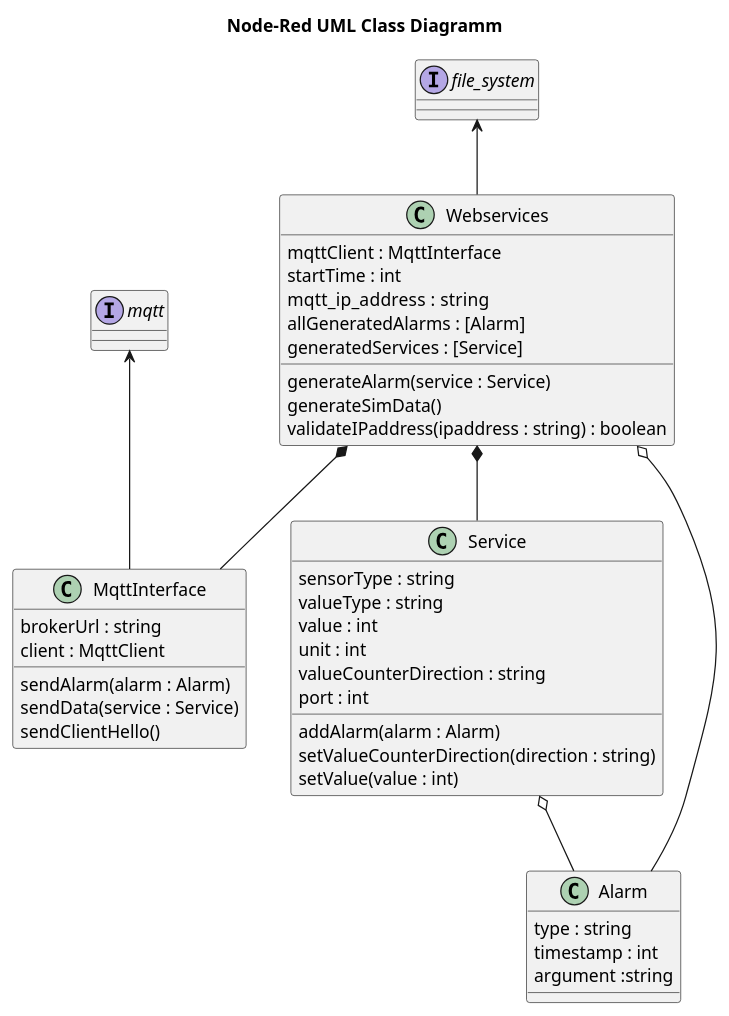
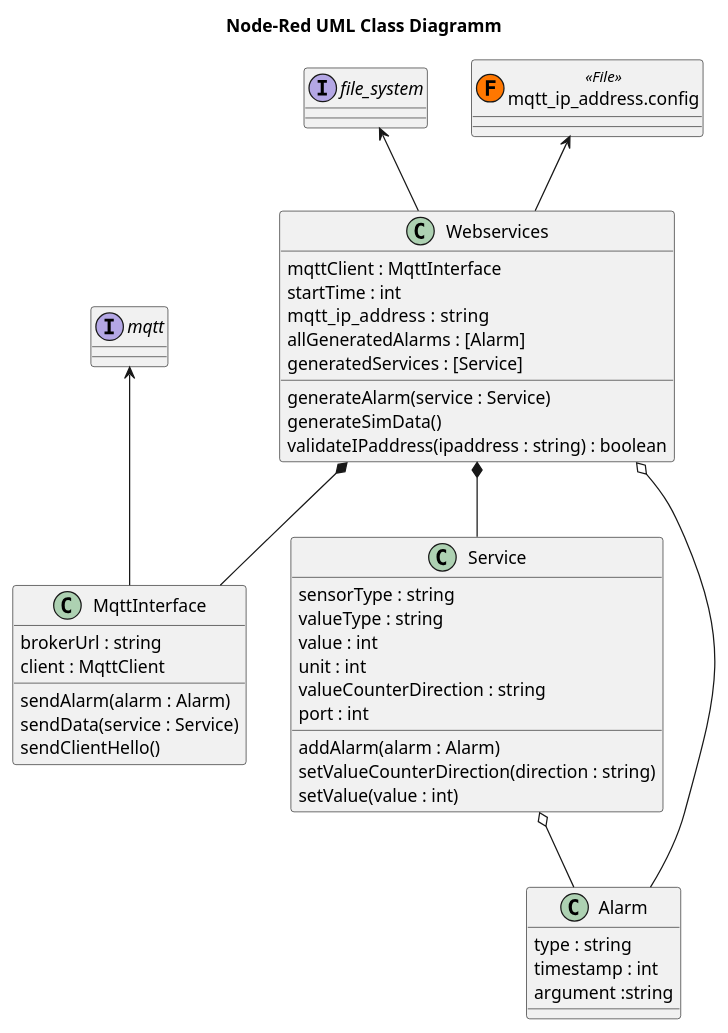
Before and after one commit to appist-dev/agteletud-node-red: the diagram in docs/uml/node-red_class.puml, drawn with PlantUML. The commit also changed 3 other files, not shown here.

Commit message:
remove redundant http from project, update readme with useful information, update class diagram, restructure code, add file_system as interface, add functionality for user defined mqtt-ip-address for node-red mqtt server

```diff
--- a/docs/uml/node-red_class.puml
+++ b/docs/uml/node-red_class.puml
@@ -1,43 +1,47 @@
 @startuml
 
 title "Node-Red UML Class Diagramm"
 
 Webservices *-- Service
 file_system <-- Webservices
+set namespaceSeparator none
+mqtt_ip_address.config <-- Webservices
 interface file_system
 Webservices o-- Alarm
 Service o-- Alarm
 Webservices *-- MqttInterface
 mqtt <-- MqttInterface
 interface mqtt
 
 Webservices : mqttClient : MqttInterface
 Webservices : startTime : int
 Webservices : mqtt_ip_address :  string
 Webservices : allGeneratedAlarms : [Alarm]
 Webservices : generatedServices : [Service]
 Webservices : generateAlarm(service : Service)
 Webservices : generateSimData()
 Webservices : validateIPaddress(ipaddress : string) : boolean
 
 Service : sensorType : string
 Service : valueType : string
 Service : value : int
 Service : unit : int
 Service : valueCounterDirection : string
 Service : port : int
 Service : addAlarm(alarm : Alarm)
 Service : setValueCounterDirection(direction : string)
 Service : setValue(value : int)
 
 Alarm : type : string
 Alarm : timestamp : int
 Alarm : argument :string
 
 MqttInterface : brokerUrl : string
 MqttInterface : client : MqttClient
 MqttInterface : sendAlarm(alarm : Alarm)
 MqttInterface : sendData(service : Service)
 MqttInterface : sendClientHello()
 
+class mqtt_ip_address.config << (F,#FF7700) File >>
+
 @enduml
```
